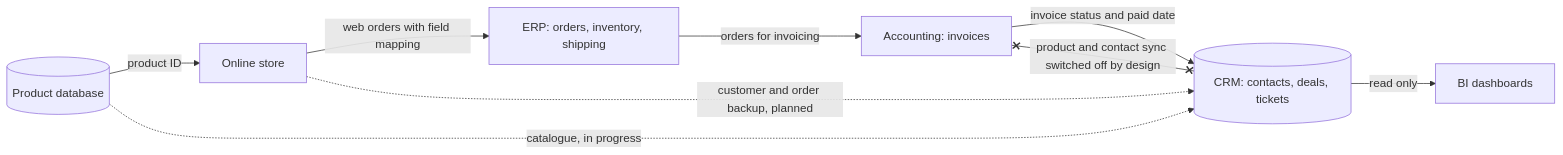
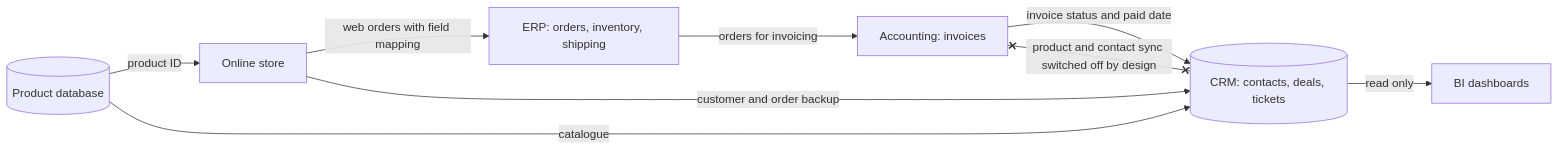
The diagram in 07-order-to-cash-architecture/README.md (rbanola1/RevOps-Portfolio), drawn with Mermaid before and after one commit. The commit also changed other lines of this file and 49 other files, not shown here.

````diff
--- a/07-order-to-cash-architecture/README.md
+++ b/07-order-to-cash-architecture/README.md
@@ -13,12 +13,12 @@
 ```mermaid
 flowchart LR
     PDB[(Product database)] -->|product ID| STORE[Online store]
-    PDB -.->|catalogue, in progress| CRM
+    PDB -->|catalogue| CRM
     CRM[(CRM: contacts, deals, tickets)]
     STORE -->|web orders with field mapping| ERP[ERP: orders, inventory, shipping]
     ERP -->|orders for invoicing| ACC[Accounting: invoices]
     ACC -->|invoice status and paid date| CRM
     CRM -->|read only| BI[BI dashboards]
-    STORE -.->|customer and order backup, planned| CRM
+    STORE -->|customer and order backup| CRM
     CRM x--x|product and contact sync switched off by design| ACC
 ```
````
